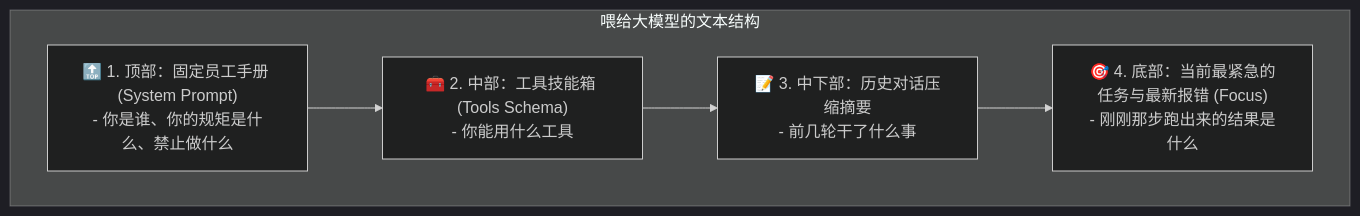
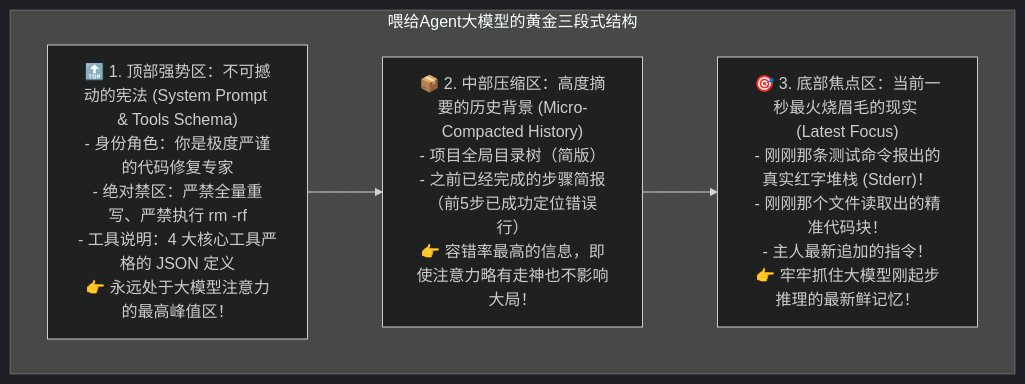
One commit to heycalvin/AiAgentLearn changed the second of 3 diagrams in notes/02-mechanisms/04-context-engineering.md. Above: the diagram before and after it, drawn with Mermaid (dark theme). The commit also changed other lines of this file and 13 other files, not shown here.

````diff
--- a/notes/02-mechanisms/04-context-engineering.md
+++ b/notes/02-mechanisms/04-context-engineering.md
@@ -11,10 +46,12 @@
 ```mermaid
 graph TD
-    subgraph 喂给大模型的文本结构
-        Top["🔝 1. 顶部：固定员工手册 (System Prompt)<br/>- 你是谁、你的规矩是什么、禁止做什么"]
-        Middle1["🧰 2. 中部：工具技能箱 (Tools Schema)<br/>- 你能用什么工具"]
-        Middle2["📝 3. 中下部：历史对话压缩摘要<br/>- 前几轮干了什么事"]
-        Bottom["🎯 4. 底部：当前最紧急的任务与最新报错 (Focus)<br/>- 刚刚那步跑出来的结果是什么"]
+    subgraph 喂给Agent大模型的黄金三段式结构
+        Top["🔝 1. 顶部强势区：不可撼动的宪法 (System Prompt & Tools Schema)<br/>- 身份角色：你是极度严谨的代码修复专家<br/>- 绝对禁区：严禁全量重写、严禁执行 rm -rf<br/>- 工具说明：4 大核心工具严格的 JSON 定义<br/>👉 永远处于大模型注意力的最高峰值区！"]
+        
+        Middle["📦 2. 中部压缩区：高度摘要的历史背景 (Micro-Compacted History)<br/>- 项目全局目录树（简版）<br/>- 之前已经完成的步骤简报（前5步已成功定位错误行）<br/>👉 容错率最高的信息，即使注意力略有走神也不影响大局！"]
+        
+        Bottom["🎯 3. 底部焦点区：当前一秒最火烧眉毛的现实 (Latest Focus)<br/>- 刚刚那条测试命令报出的真实红字堆栈 (Stderr)！<br/>- 刚刚那个文件读取出的精准代码块！<br/>- 主人最新追加的指令！<br/>👉 牢牢抓住大模型刚起步推理的最新鲜记忆！"]
     end
-    Top --> Middle1 --> Middle2 --> Bottom
+
+    Top --> Middle --> Bottom
 ```
````
